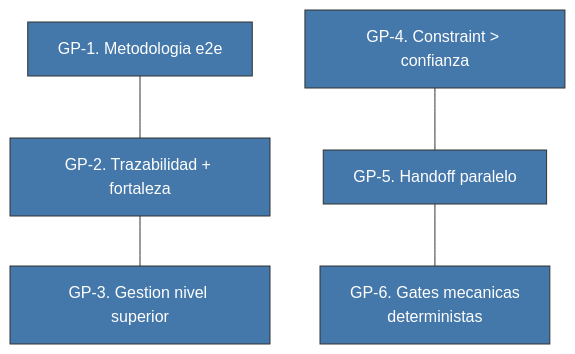
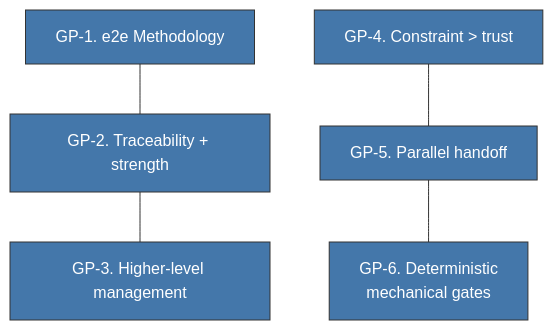
One commit to virgenherrera/virgil changed the first of 3 diagrams in principia/sections/07-governance-architecture.md. Above: the diagram before and after it, drawn with Mermaid. The commit also changed other lines of this file and 42 other files, not shown here.

````diff
--- a/principia/sections/07-governance-architecture.md
+++ b/principia/sections/07-governance-architecture.md
@@ -39,19 +39,19 @@
 ```mermaid
 flowchart TD
-    GP1["GP-1. Metodologia e2e"]
-    GP2["GP-2. Trazabilidad + fortaleza"]
-    GP3["GP-3. Gestion nivel superior"]
-    GP4["GP-4. Constraint > confianza"]
-    GP5["GP-5. Handoff paralelo"]
-    GP6["GP-6. Gates mecanicas\ndeterministas"]
+    GP1["GP-1. e2e Methodology"]
+    GP2["GP-2. Traceability + strength"]
+    GP3["GP-3. Higher-level management"]
+    GP4["GP-4. Constraint > trust"]
+    GP5["GP-5. Parallel handoff"]
+    GP6["GP-6. Deterministic\nmechanical gates"]
 
     GP1 --- GP2 --- GP3
     GP4 --- GP5 --- GP6
 
     style GP1 fill:#47a,stroke:#333,color:#fff
     style GP2 fill:#47a,stroke:#333,color:#fff
     style GP3 fill:#47a,stroke:#333,color:#fff
     style GP4 fill:#47a,stroke:#333,color:#fff
     style GP5 fill:#47a,stroke:#333,color:#fff
     style GP6 fill:#47a,stroke:#333,color:#fff
 ```
````
